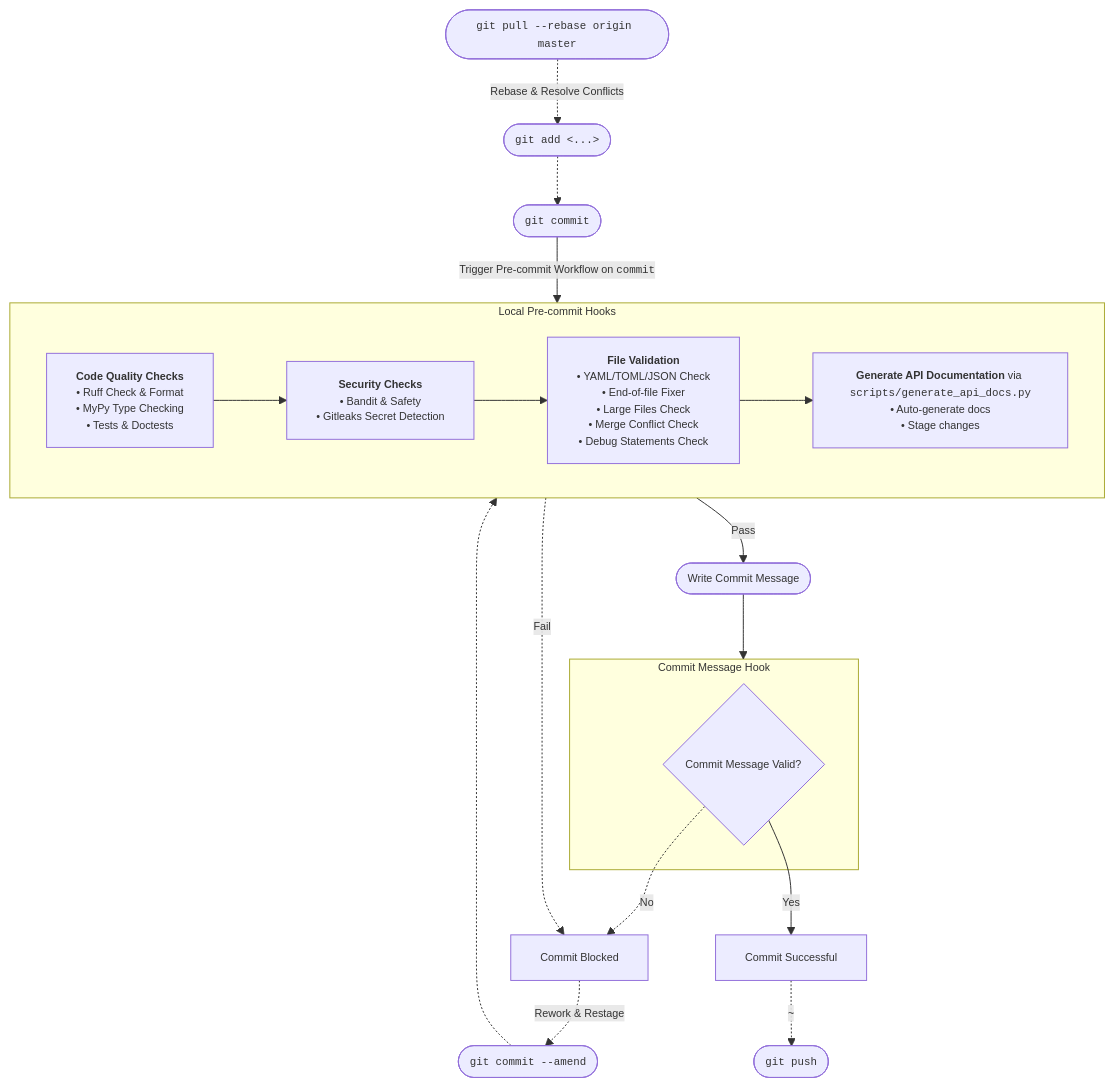
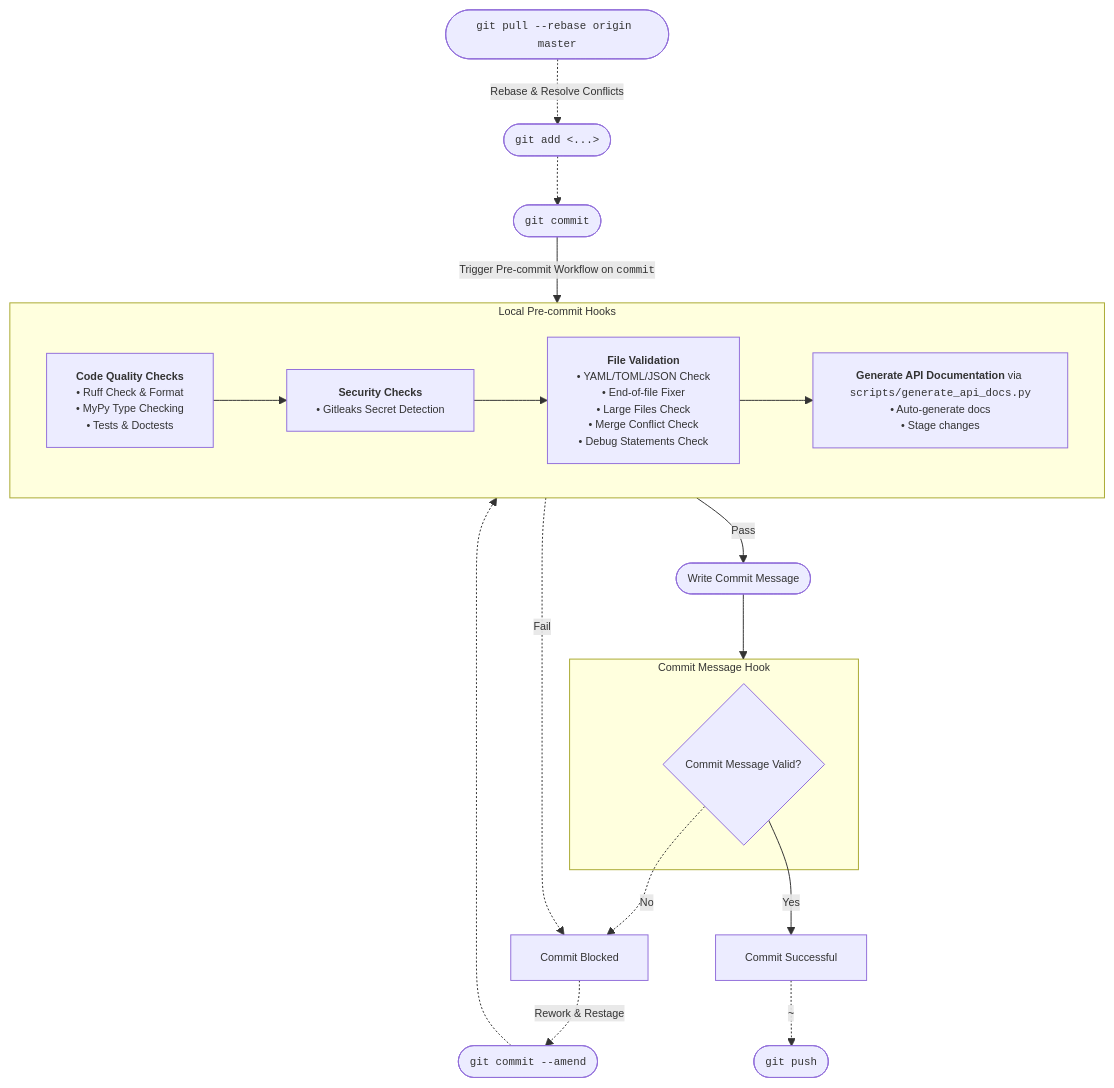
Before and after one commit to nilskujath/onesecondtrader: the first of 2 diagrams in docs/documentation/developing.md, drawn with Mermaid. The commit also changed 10 other files, not shown here.

````diff
--- a/docs/documentation/developing.md
+++ b/docs/documentation/developing.md
@@ -74,45 +74,45 @@
     ```mermaid
     ---
     config:
       themeVariables:
         fontSize: "11px"
     ---
     graph TD
         A([<kbd>git commit</kbd>]) -->|Trigger Pre-commit Workflow on <kbd>commit</kbd>| PrecommitHooks
         
         subgraph PrecommitHooks ["Local Pre-commit Hooks"]
             B["<b>Code Quality Checks</b><br/>• Ruff Check & Format<br/>• MyPy Type Checking<br/>• Tests & Doctests"]
-            C["<b>Security Checks</b><br/>• Bandit & Safety<br/>• Gitleaks Secret Detection"]
+            C["<b>Security Checks</b><br/>• Gitleaks Secret Detection"]
             D["<b>File Validation</b><br/>• YAML/TOML/JSON Check<br/>• End-of-file Fixer<br/>• Large Files Check<br/>• Merge Conflict Check<br/>• Debug Statements Check"]
             E["<b>Generate API Documentation</b> via <kbd>scripts/generate_api_docs.py</kbd><br/>• Auto-generate docs<br/>• Stage changes"]
         end
-        B --> C --> D --> E        
+        B --> C --> D --> E
 
         F([Write Commit Message])
         PrecommitHooks -->|Pass| F
         PrecommitHooks -.->|Fail| H
 
         subgraph CommitMessageHook ["Commit Message Hook"]
             G{Commit Message Valid?}
         end
             G -.->|No| H[Commit Blocked]
             G -->|Yes| I[Commit Successful]
 
         F --> CommitMessageHook
 
         H -.->|Rework & Restage<br/>| K
         
         K(["<kbd>git commit --amend</kbd>"])
 
         K -.-> PrecommitHooks
 
         L(["<kbd>git pull --rebase origin master</kbd>"])
 
         L -.->|Rebase & Resolve Conflicts| M
         
         M([<kbd>git add <...></kbd>])
         
         M -.-> A
 
         I -.~.-> J([<kbd>git push</kbd>])
     ```
````
